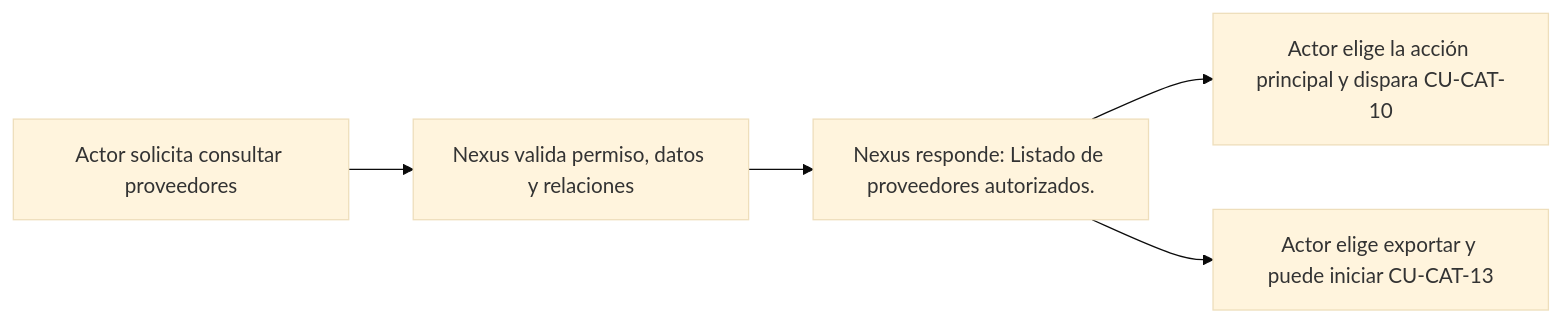
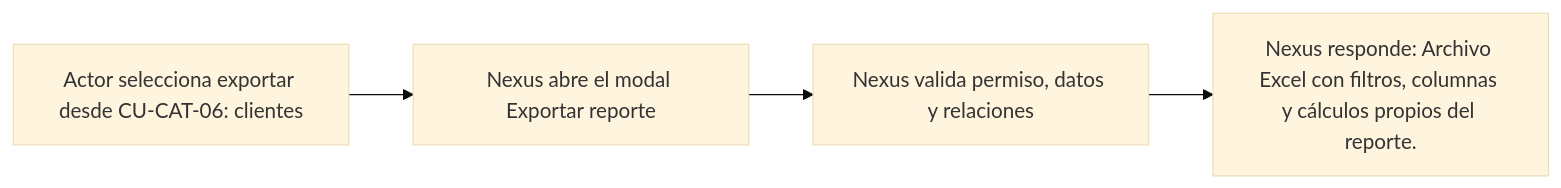
One commit to gpgsistemas01/nexus changed the diagram in docs/requirements/diagrams/catalogs/cu-cat-09.md. Above: the diagram before and after it, drawn with Mermaid (base theme). The commit also changed other lines of this file and 287 other files, not shown here.

````diff
--- a/docs/requirements/diagrams/catalogs/cu-cat-09.md
+++ b/docs/requirements/diagrams/catalogs/cu-cat-09.md
@@ -3,7 +3,6 @@
 ```mermaid
 flowchart LR
-    request["Actor solicita consultar proveedores"] --> validate["Nexus valida permiso, datos y relaciones"]
-    validate --> result["Nexus responde: Listado de proveedores autorizados."]
-    result --> primary["Actor elige la acción principal y dispara CU-CAT-10"]
-    result --> report["Actor elige exportar y puede iniciar CU-CAT-13"]
+    request["Actor selecciona exportar desde CU-CAT-06: clientes"] --> modal["Nexus abre el modal Exportar reporte"]
+    modal --> validate["Nexus valida permiso, datos y relaciones"]
+    validate --> result["Nexus responde: Archivo Excel con filtros, columnas y cálculos propios del reporte."]
 ```
````
